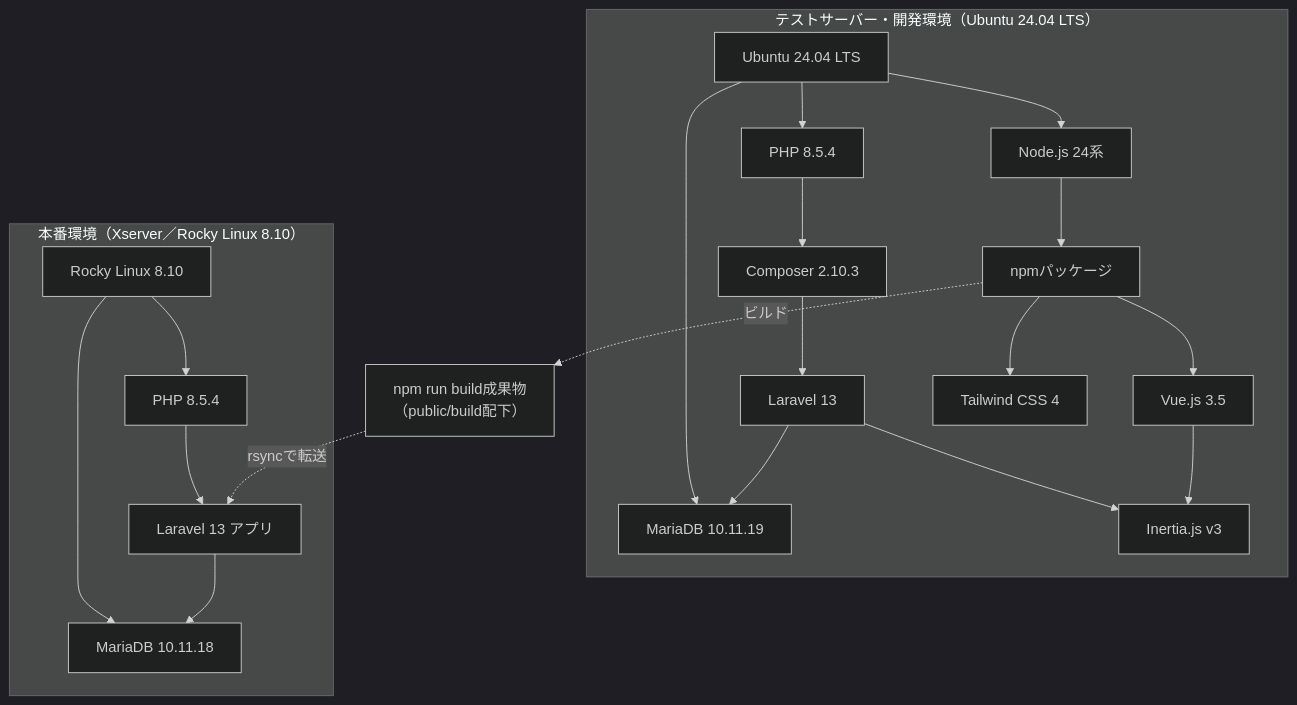
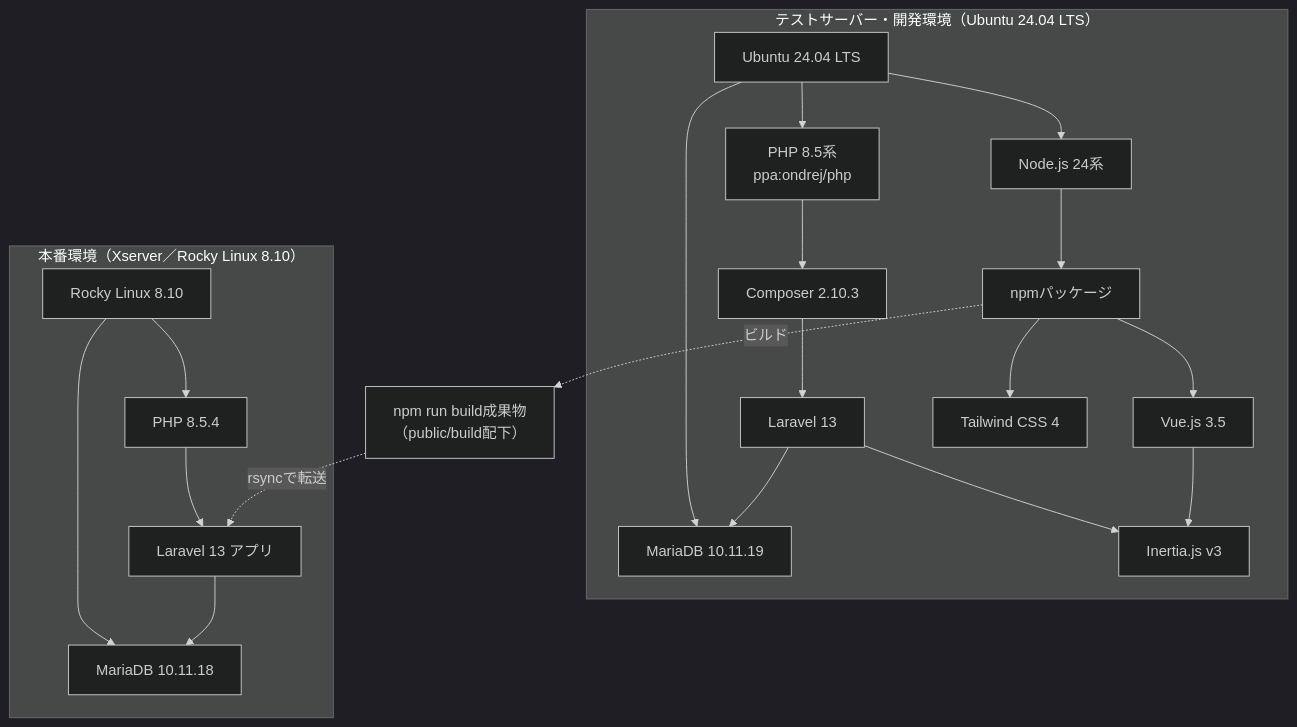
One commit to pluslub/helpstation changed the diagram in docs/技術仕様書.md. Above: the diagram before and after it, drawn with Mermaid (dark theme). The commit also changed other lines of this file and 3 other files, not shown here.

First line of the commit message:
Ubuntu 24.04にPHP 8.5系が無いためppa:ondrej/phpを追加する手順に修正

````diff
--- a/docs/技術仕様書.md
+++ b/docs/技術仕様書.md
@@ -23,27 +23,27 @@
 ```mermaid
 flowchart TB
     subgraph Dev["テストサーバー・開発環境（Ubuntu 24.04 LTS）"]
-        OS1[Ubuntu 24.04 LTS] --> PHP1[PHP 8.5.4]
+        OS1[Ubuntu 24.04 LTS] --> PHP1[PHP 8.5系<br>ppa:ondrej/php]
         OS1 --> Node1[Node.js 24系]
         OS1 --> DB1[MariaDB 10.11.19]
         PHP1 --> Composer[Composer 2.10.3]
         Composer --> Laravel1[Laravel 13]
         Node1 --> Npm[npmパッケージ]
         Npm --> Vue[Vue.js 3.5]
         Npm --> Tailwind[Tailwind CSS 4]
         Laravel1 --> Inertia[Inertia.js v3]
         Vue --> Inertia
         Laravel1 --> DB1
     end
 
     subgraph Prod["本番環境（Xserver／Rocky Linux 8.10）"]
         OS2[Rocky Linux 8.10] --> PHP2[PHP 8.5.4]
         OS2 --> DB2[MariaDB 10.11.18]
         PHP2 --> Laravel2[Laravel 13 アプリ]
         Laravel2 --> DB2
     end
 
     Build[npm run build成果物<br>（public/build配下）]
     Npm -.ビルド.-> Build
     Build -.rsyncで転送.-> Laravel2
 ```
````
